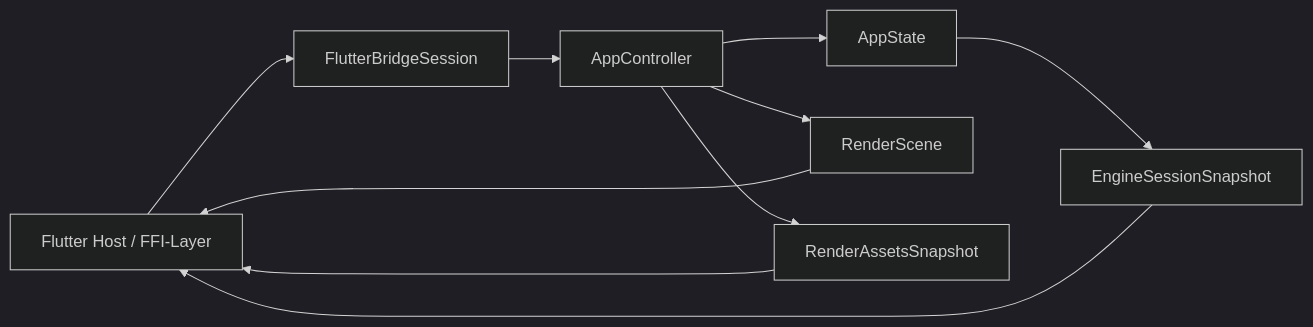
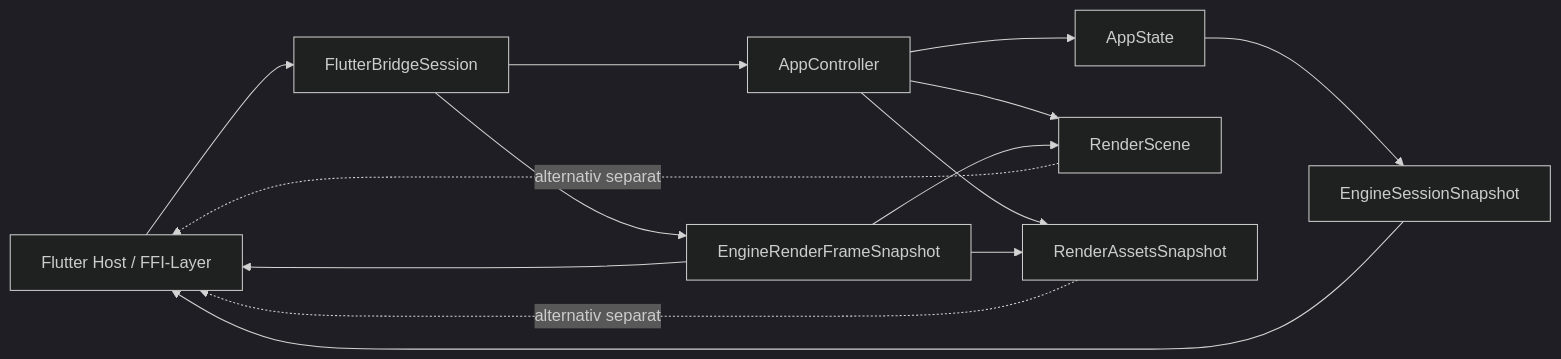
The diagram in crates/fs25_auto_drive_frontend_flutter_bridge/API.md (mro68/fs25_ad_editor), drawn with Mermaid (dark theme) before and after one commit. The commit also changed other lines of this file and 18 other files, not shown here.

Commit message:
docs(workspace): sync render frame asset contracts

````diff
--- a/crates/fs25_auto_drive_frontend_flutter_bridge/API.md
+++ b/crates/fs25_auto_drive_frontend_flutter_bridge/API.md
@@ -55,12 +59,16 @@
 ```mermaid
 flowchart LR
 	HOST[Flutter Host / FFI-Layer] --> SESSION[FlutterBridgeSession]
 	SESSION --> CTRL[AppController]
 	CTRL --> STATE[AppState]
 	STATE --> SNAP[EngineSessionSnapshot]
+	SESSION --> FRAME[EngineRenderFrameSnapshot]
 	CTRL --> RENDER_SCENE[RenderScene]
 	CTRL --> RENDER_ASSETS[RenderAssetsSnapshot]
+	FRAME --> HOST
+	FRAME --> RENDER_SCENE
+	FRAME --> RENDER_ASSETS
 	SNAP --> HOST
-	RENDER_SCENE --> HOST
-	RENDER_ASSETS --> HOST
+	RENDER_SCENE -. alternativ separat .-> HOST
+	RENDER_ASSETS -. alternativ separat .-> HOST
 ```
````
